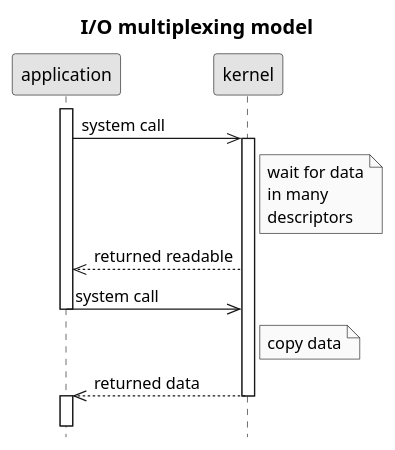
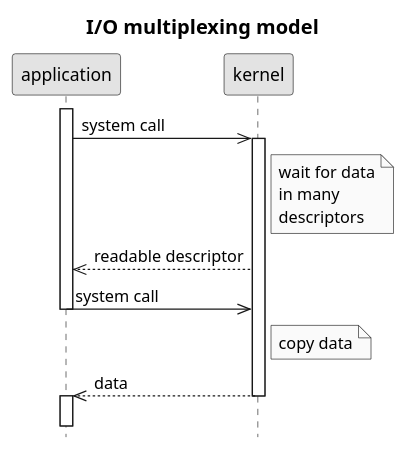
Before and after one commit to c0p4c4b4n4/demo-sockets-io-nio-nio2: the diagram in .images/IO multiplexing model.puml, drawn with PlantUML. The commit also changed 3 other files, not shown here.

```diff
--- a/.images/IO multiplexing model.puml
+++ b/.images/IO multiplexing model.puml
@@ -1,18 +1,18 @@
 @startuml
 title I/O multiplexing model
 hide footbox
 skinparam monochrome true
 skinparam titleFontSize 16
 activate application
 application->>kernel: system call
 activate kernel
 Note right of kernel: wait for data\nin many\ndescriptors
-kernel-->>application: returned readable
+kernel-->>application: readable descriptor
 application->>kernel: system call
 deactivate application
 Note right of kernel: copy data
-kernel-->>application: returned data
+kernel-->>application: data
 deactivate kernel
 activate application
 ||15||
 @enduml
```
